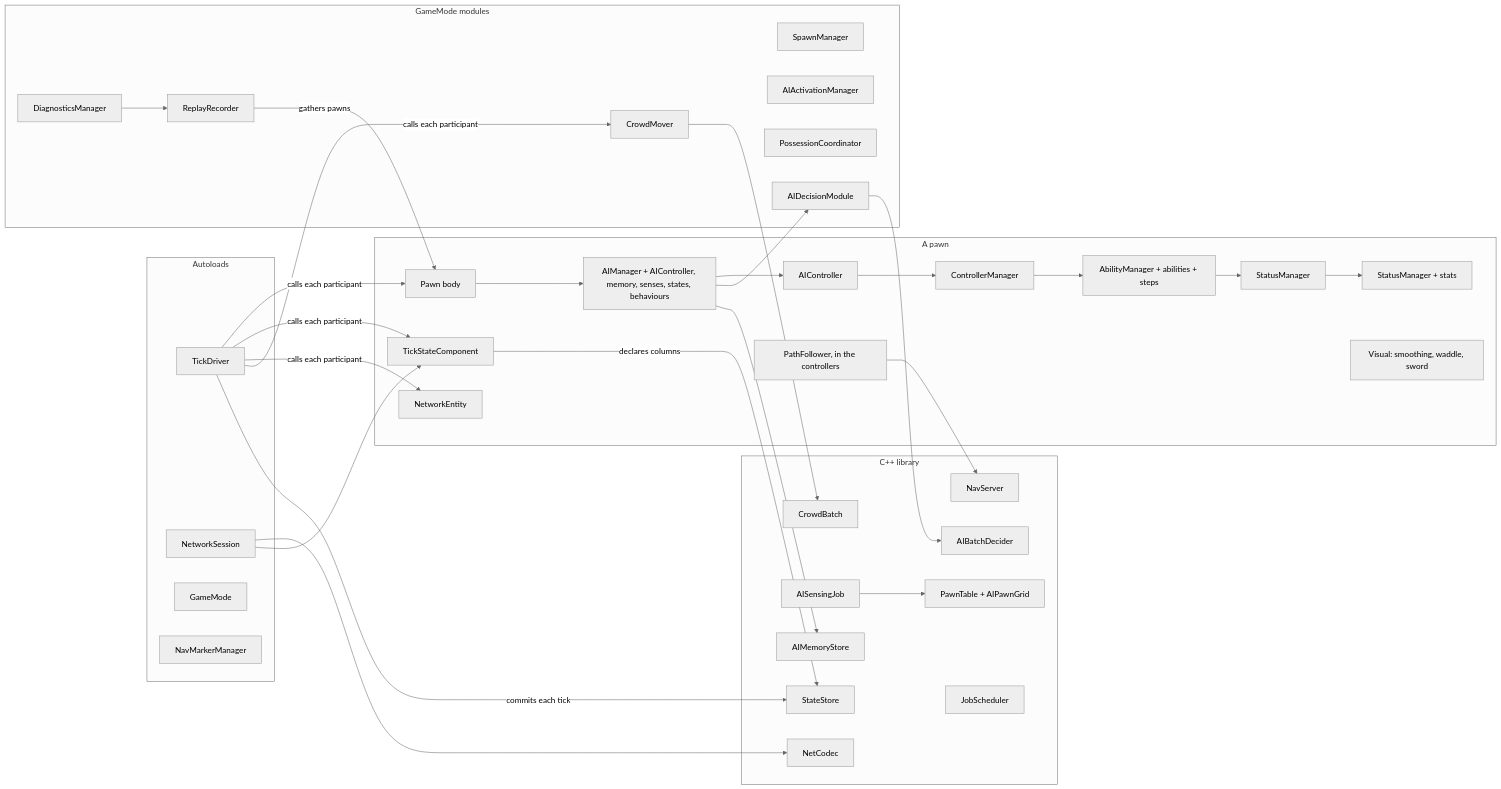
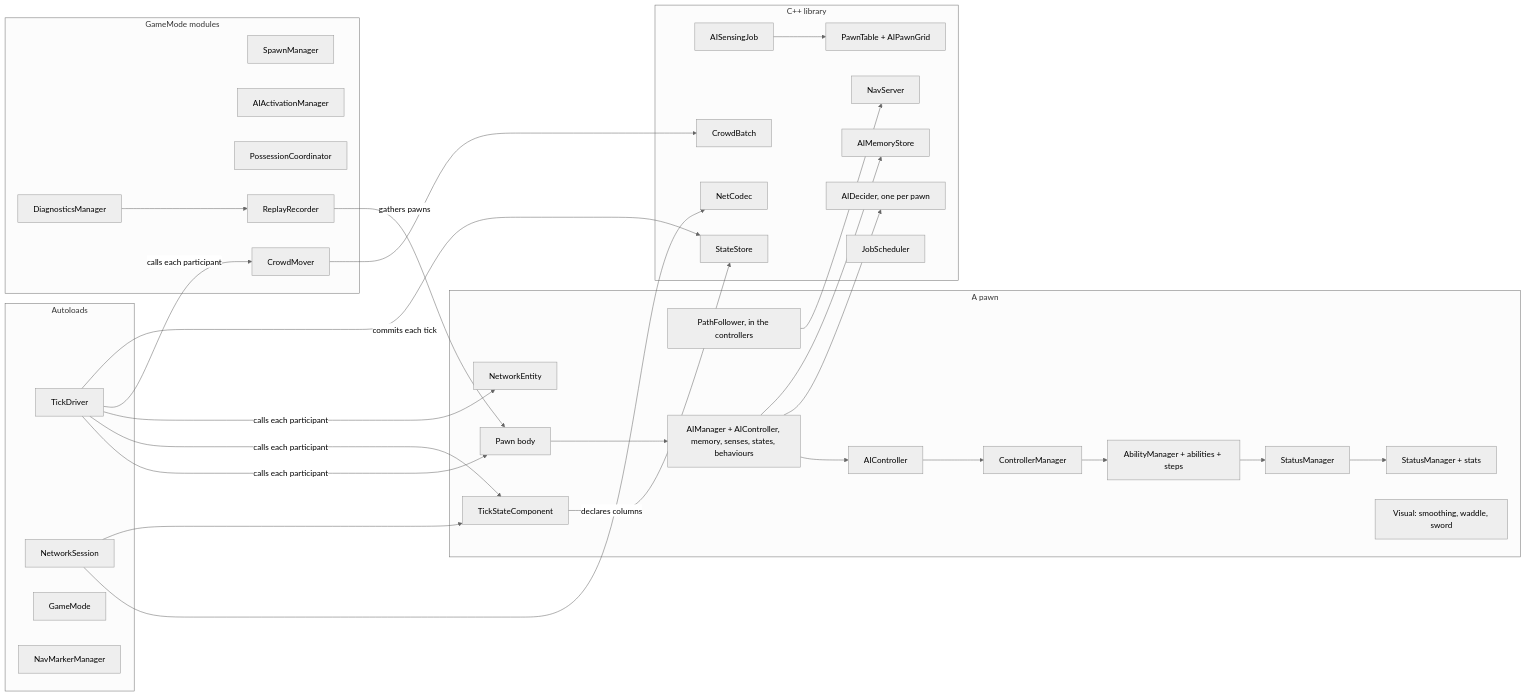
Before and after one commit to 6ixpoolgames/ProjectVibe: the first of 6 diagrams in docs/ARCHITECTURE.md, drawn with Mermaid (neutral theme). The commit also changed 44 other files, not shown here.

````diff
--- a/docs/ARCHITECTURE.md
+++ b/docs/ARCHITECTURE.md
@@ -26,56 +26,55 @@
 ```mermaid
 flowchart LR
   subgraph autoloads[Autoloads]
     TD[TickDriver]
     NS[NetworkSession]
     GM[GameMode]
     NMM[NavMarkerManager]
   end
   subgraph pawn[A pawn]
     P[Pawn body]
     CM[ControllerManager]
     AIC[AIController]
     AM[AbilityManager + abilities + steps]
     EM[StatusManager]
     SM[StatusManager + stats]
     NAV[PathFollower, in the controllers]
     AICTX[AIManager + AIController, memory, senses, states, behaviours]
     TSC[TickStateComponent]
     NE[NetworkEntity]
     VIS[Visual: smoothing, waddle, sword]
   end
   subgraph modules[GameMode modules]
     SPN[SpawnManager]
     ACT[AIActivationManager]
     POS[PossessionCoordinator]
     CROWD[CrowdMover]
-    DEC[AIDecisionModule]
     REC[ReplayRecorder]
     DIAG[DiagnosticsManager]
   end
   subgraph native[C++ library]
     PT[PawnTable + AIPawnGrid]
     MEM[AIMemoryStore]
-    BD[AIBatchDecider]
+    BD[AIDecider, one per pawn]
     SENSE[AISensingJob]
     CB[CrowdBatch]
     TSR[StateStore]
     CODEC[NetCodec]
     NAVS[NavServer]
     JS[JobScheduler]
   end
   TD -->|calls each participant| P & TSC & NE & CROWD
   P --> AICTX --> AIC --> CM --> AM
   AM --> EM --> SM
-  AICTX --> DEC --> BD
+  AICTX --> BD
   AICTX --> MEM
   SENSE --> PT
   CROWD --> CB
   TD -->|commits each tick| TSR
   TSC -->|declares columns| TSR
   NS --> CODEC
   NS --> TSC
   NAV --> NAVS
   REC -->|gathers pawns| P
   DIAG --> REC
 ```
````
